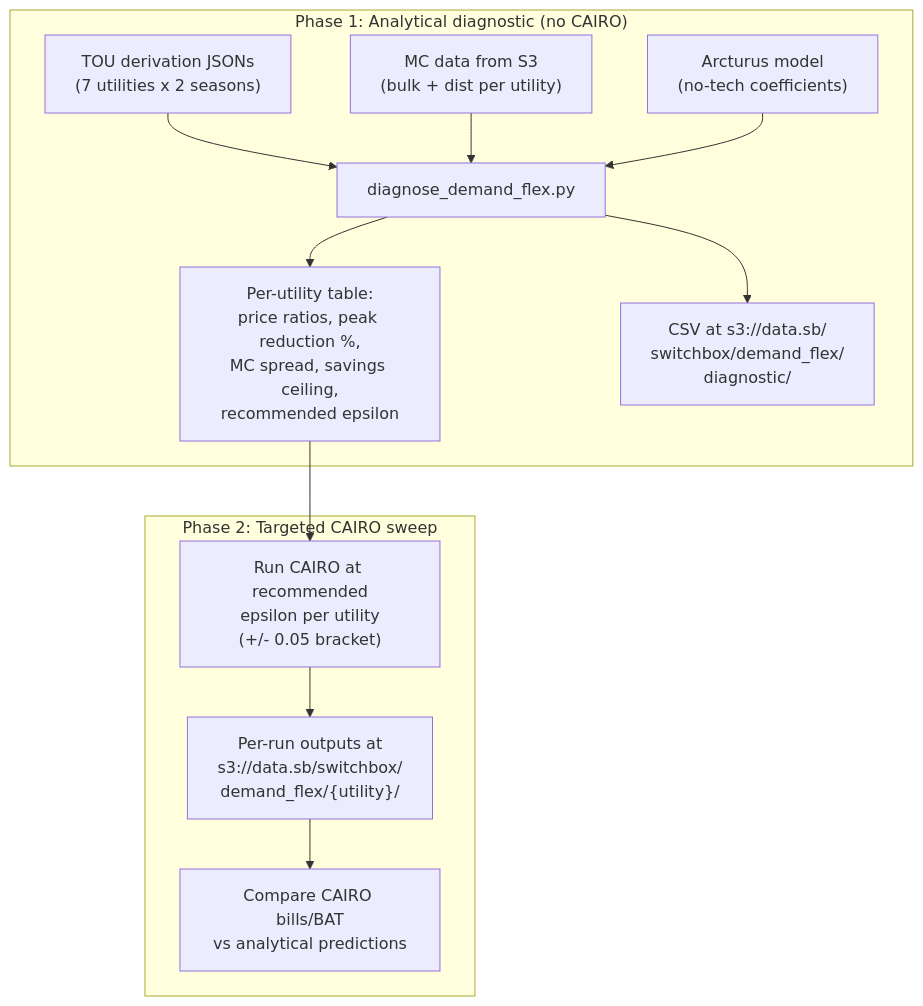
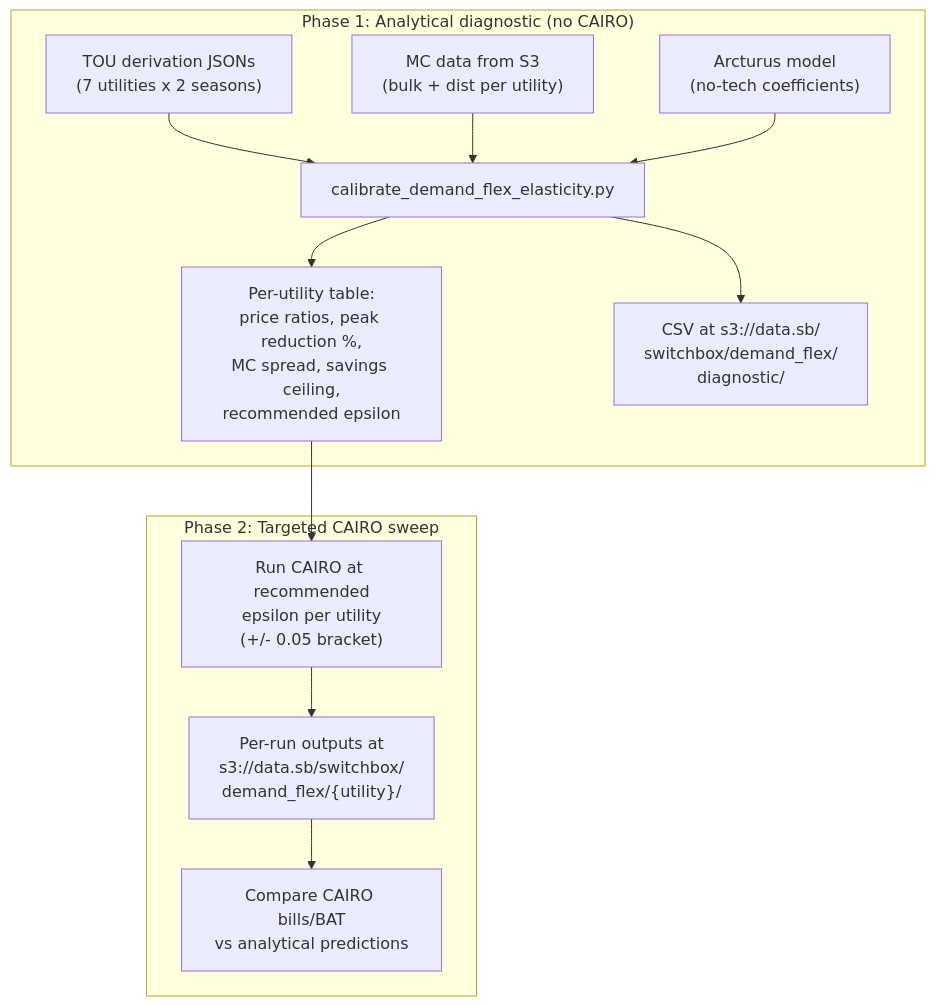
The second of 2 diagrams in context/plans/demand-flex_elasticity_calibration.md (switchbox-data/rate-design-platform), drawn with Mermaid before and after one commit. The commit also changed other lines of this file and 3 other files, not shown here.

First line of the commit message:
Update demand-flex calibration docs with corrected Arcturus model and full results

````diff
--- a/context/plans/demand-flex_elasticity_calibration.md
+++ b/context/plans/demand-flex_elasticity_calibration.md
@@ -128,16 +127,16 @@
 ```mermaid
 flowchart TD
     subgraph phase1 ["Phase 1: Analytical diagnostic (no CAIRO)"]
-        TOU["TOU derivation JSONs\n(7 utilities x 2 seasons)"] --> diag["diagnose_demand_flex.py"]
-        MC["MC data from S3\n(bulk + dist per utility)"] --> diag
-        ARC["Arcturus model\n(no-tech coefficients)"] --> diag
-        diag --> table["Per-utility table:\nprice ratios, peak reduction %,\nMC spread, savings ceiling,\nrecommended epsilon"]
-        diag --> csv["CSV at s3://data.sb/\nswitchbox/demand_flex/\ndiagnostic/"]
+        TOU["TOU derivation JSONs\n(7 utilities x 2 seasons)"] --> cal["calibrate_demand_flex_elasticity.py"]
+        MC["MC data from S3\n(bulk + dist per utility)"] --> cal
+        ARC["Arcturus model\n(no-tech coefficients)"] --> cal
+        cal --> table["Per-utility table:\nprice ratios, peak reduction %,\nMC spread, savings ceiling,\nrecommended epsilon"]
+        cal --> csv["CSV at s3://data.sb/\nswitchbox/demand_flex/\ndiagnostic/"]
     end
 
     subgraph phase2 ["Phase 2: Targeted CAIRO sweep"]
         table --> sweep["Run CAIRO at recommended\nepsilon per utility\n(+/- 0.05 bracket)"]
         sweep --> outputs["Per-run outputs at\ns3://data.sb/switchbox/\ndemand_flex/{utility}/"]
         outputs --> compare["Compare CAIRO bills/BAT\nvs analytical predictions"]
     end
 ```
````
